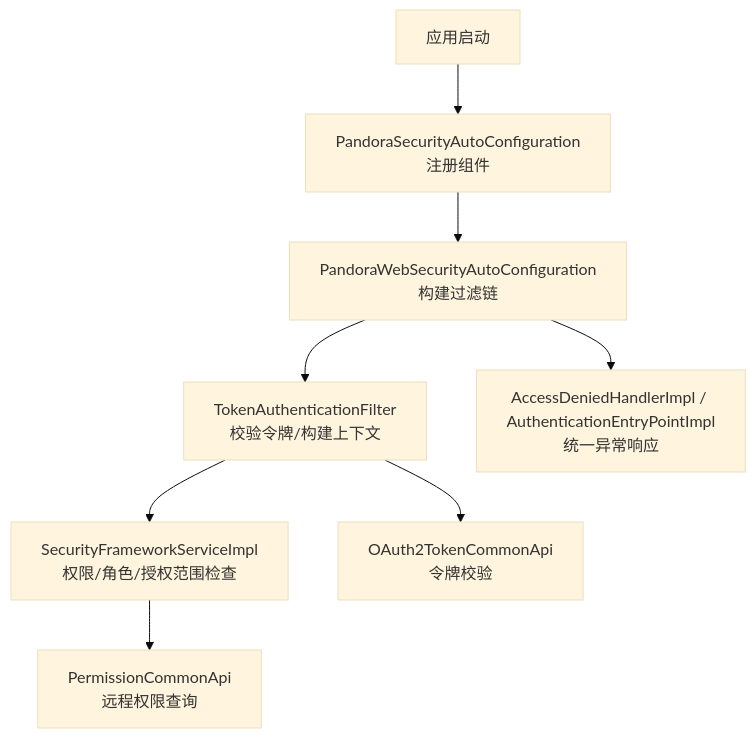
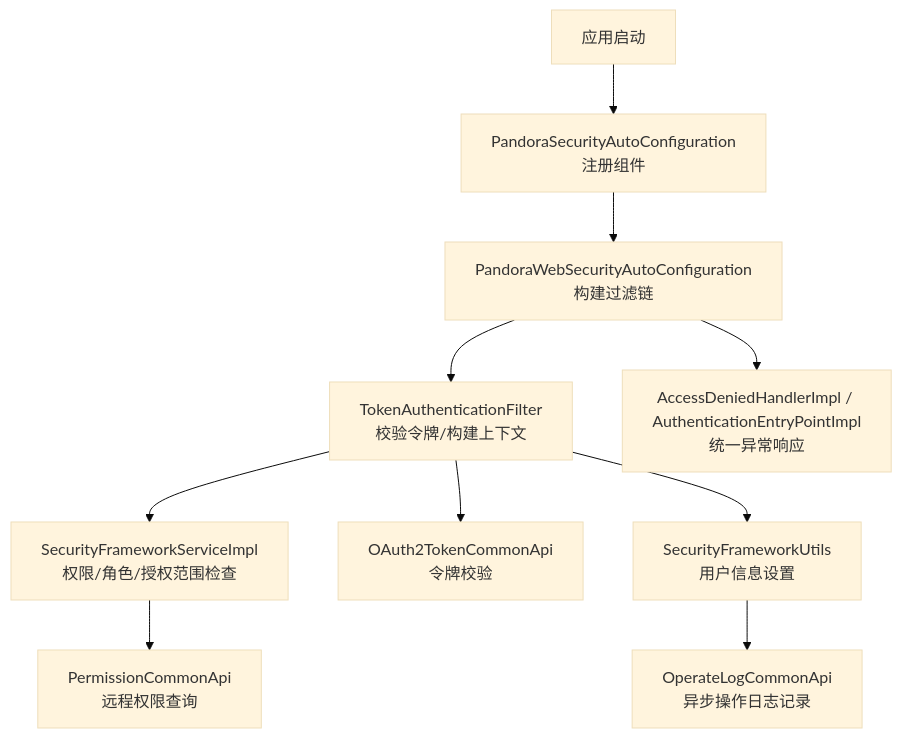
One commit to guanglei93/pandora-cloud changed the second of 6 diagrams in .qoder/repowiki/zh/content/核心模块/安全认证模块.md. Above: the diagram before and after it, drawn with Mermaid (base theme). The commit also changed other lines of this file and 32 other files, not shown here.

````diff
--- a/.qoder/repowiki/zh/content/核心模块/安全认证模块.md
+++ b/.qoder/repowiki/zh/content/核心模块/安全认证模块.md
@@ -98,10 +117,12 @@
 ```mermaid
 graph TB
 A["应用启动"] --> B["PandoraSecurityAutoConfiguration<br/>注册组件"]
 B --> C["PandoraWebSecurityAutoConfiguration<br/>构建过滤链"]
 C --> D["TokenAuthenticationFilter<br/>校验令牌/构建上下文"]
 D --> E["SecurityFrameworkServiceImpl<br/>权限/角色/授权范围检查"]
 E --> F["PermissionCommonApi<br/>远程权限查询"]
 D --> G["OAuth2TokenCommonApi<br/>令牌校验"]
 C --> H["AccessDeniedHandlerImpl / AuthenticationEntryPointImpl<br/>统一异常响应"]
+D --> I["SecurityFrameworkUtils<br/>用户信息设置"]
+I --> J["OperateLogCommonApi<br/>异步操作日志记录"]
 ```
````
